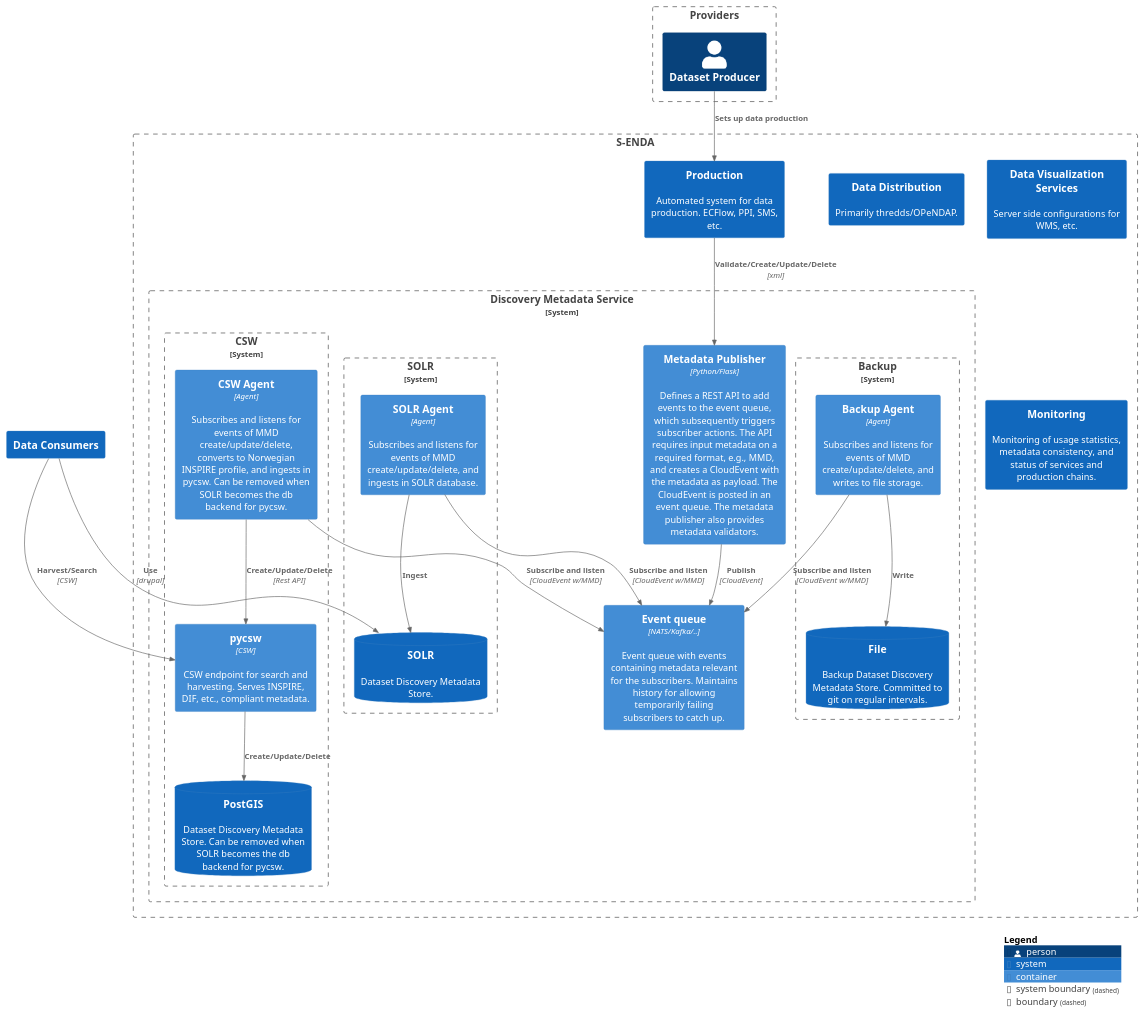
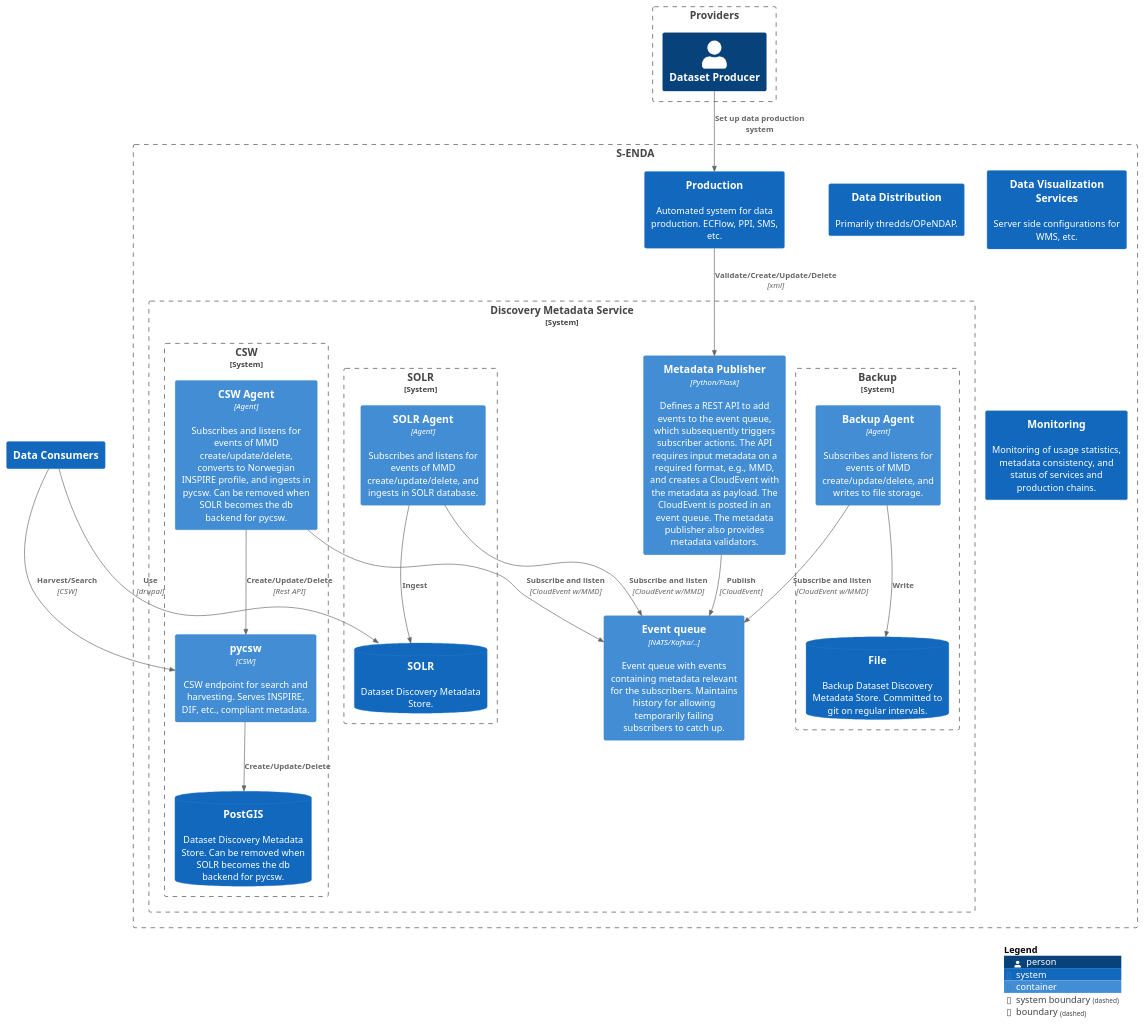
One commit to metno/S-ENDA-documentation changed the diagram in source/puml/architecture/S-ENDA-discovery-metadata-service-container-diagram.puml. Above: the diagram before and after it, drawn with PlantUML. The commit also changed 3 other files, not shown here.

Commit message:
#294: updated production container diagram, and made the diagrams more consistent

```diff
--- a/source/puml/architecture/S-ENDA-discovery-metadata-service-container-diagram.puml
+++ b/source/puml/architecture/S-ENDA-discovery-metadata-service-container-diagram.puml
@@ -1,67 +1,67 @@
 @startuml S-ENDA-metadata-service-container-diagram
 !include https://raw.githubusercontent.com/plantuml-stdlib/C4-PlantUML/master/C4_Container.puml
 
 LAYOUT_TOP_DOWN()
 
 Boundary(providers, "Providers") {
     Person(dataprovider, "Dataset Producer")
 }
 
 Boundary(systems, "S-ENDA") {
   System(productionhub, "Production", "Automated system for data production. ECFlow, PPI, SMS, etc.")
   System(dist_systems, "Data Distribution", "Primarily thredds/OPeNDAP.")
   System(vis_systems, "Data Visualization Services", "Server side configurations for WMS, etc.")
   System(monitoring, "Monitoring", "Monitoring of usage statistics, metadata consistency, and status of services and production chains.")
   System_Boundary(mserviceSystem, "Discovery Metadata Service") {
     Container(dmci, "Metadata Publisher", "Python/Flask", "Defines a REST API to add events to the event queue, which subsequently triggers subscriber actions. The API requires input metadata on a required format, e.g., MMD, and creates a CloudEvent with the metadata as payload. The CloudEvent is posted in an event queue. The metadata publisher also provides metadata validators.")
 
     Container(queue, "Event queue", "NATS/Kafka/..", "Event queue with events containing metadata relevant for the subscribers. Maintains history for allowing temporarily failing subscribers to catch up.")
 
     Rel(dmci, queue, "Publish", "CloudEvent")
 
     System_Boundary(backup, "Backup") {
       Container(metadata_store, "Backup Agent", "Agent", "Subscribes and listens for events of MMD create/update/delete, and writes to file storage.")
       SystemDb(file, "File", "Backup Dataset Discovery Metadata Store. Committed to git on regular intervals.")
     }
 
     Rel(metadata_store, file, "Write")
     Rel(metadata_store, queue, "Subscribe and listen", "CloudEvent w/MMD")
 
     System_Boundary(solrsyst, "SOLR") {
       Container(solr_agent, "SOLR Agent", "Agent", "Subscribes and listens for events of MMD create/update/delete, and ingests in SOLR database.")
       SystemDb(solr, "SOLR", "Dataset Discovery Metadata Store.")
     }
 
     Rel(solr_agent, solr, "Ingest")
     Rel(solr_agent, queue, "Subscribe and listen", "CloudEvent w/MMD")
 
     System_Boundary(csw, "CSW") {
       Container(csw_agent, "CSW Agent", "Agent", "Subscribes and listens for events of MMD create/update/delete, converts to Norwegian INSPIRE profile, and ingests in pycsw. Can be removed when SOLR becomes the db backend for pycsw.")
       Container(csapi, "pycsw", "CSW", "CSW endpoint for search and harvesting. Serves INSPIRE, DIF, etc., compliant metadata.")
       SystemDb(postgis, "PostGIS", "Dataset Discovery Metadata Store. Can be removed when SOLR becomes the db backend for pycsw.")
     }
 
     Rel(csw_agent, csapi, "Create/Update/Delete", "Rest API")
     Rel(csw_agent, queue, "Subscribe and listen", "CloudEvent w/MMD")
     Rel(csapi, postgis, "Create/Update/Delete")
 
     Rel(productionhub, dmci, "Validate/Create/Update/Delete", "xml")
 
     'Container(web_app, "Web Application", "HTML", "<b>Optional.</b> Provides functionality to register dataset and service metadata, display dataset and service usage statistics, production status, and monitor metadata to display errors and warnings (e.g., about dead links).")
 
   }
 }
 
 System(consumers, "Data Consumers")
 
-Rel(dataprovider, productionhub, "Sets up data production")
+Rel(dataprovider, productionhub, "Set up data production system")
 
 Rel(consumers, csapi, "Harvest/Search", "CSW")
 Rel(consumers, solr, "Use", "drupal")
 
 'Rel(productionhub, dist_systems, "Store", "ACDD compliant netCDF-CF files")
 'Rel(dataprovider, web_app, "Check dataset statistics and metadata consistency/status.")
 
 SHOW_LEGEND()
 
 @enduml
```
